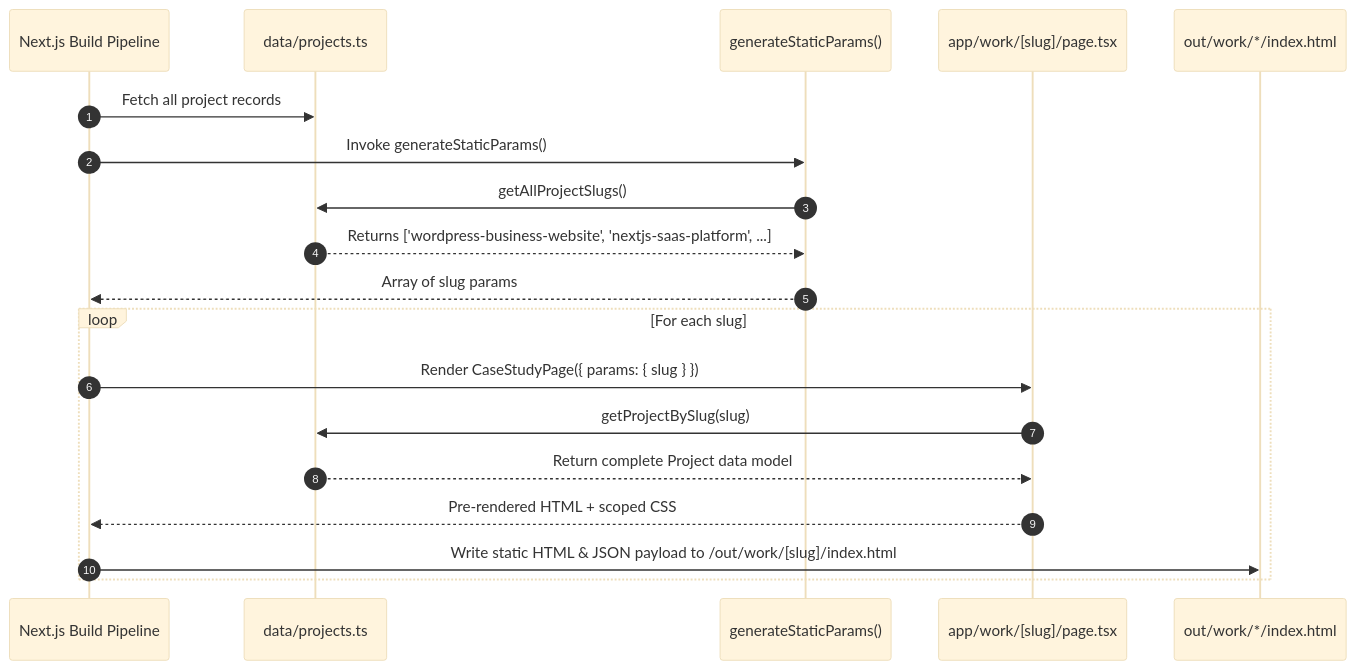
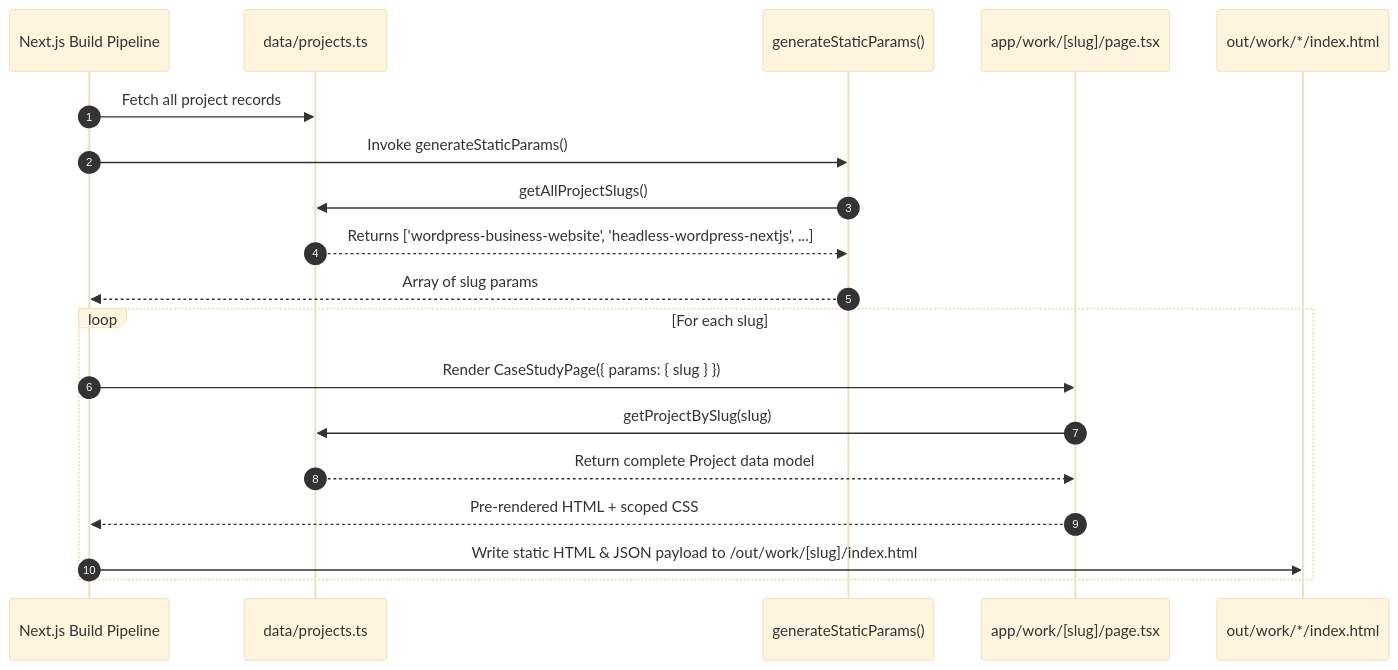
The second of 6 diagrams in FLOW.md (heera9332/heera-singh), drawn with Mermaid (base theme) before and after one commit. The commit also changed 13 other files, not shown here.

Commit message:
Add SVG diagram for Headless CMS architecture showcasing WordPress backend and Next.js frontend

````diff
--- a/FLOW.md
+++ b/FLOW.md
@@ -53,23 +53,23 @@
 ```mermaid
 sequenceDiagram
     autonumber
     participant Builder as Next.js Build Pipeline
     participant Data as data/projects.ts
     participant Params as generateStaticParams()
     participant Page as app/work/[slug]/page.tsx
     participant Out as out/work/*/index.html
 
     Builder->>Data: Fetch all project records
     Builder->>Params: Invoke generateStaticParams()
     Params->>Data: getAllProjectSlugs()
-    Data-->>Params: Returns ['wordpress-business-website', 'nextjs-saas-platform', ...]
+    Data-->>Params: Returns ['wordpress-business-website', 'headless-wordpress-nextjs', ...]
     Params-->>Builder: Array of slug params
 
     loop For each slug
         Builder->>Page: Render CaseStudyPage({ params: { slug } })
         Page->>Data: getProjectBySlug(slug)
         Data-->>Page: Return complete Project data model
         Page-->>Builder: Pre-rendered HTML + scoped CSS
         Builder->>Out: Write static HTML & JSON payload to /out/work/[slug]/index.html
     end
 ```
````
